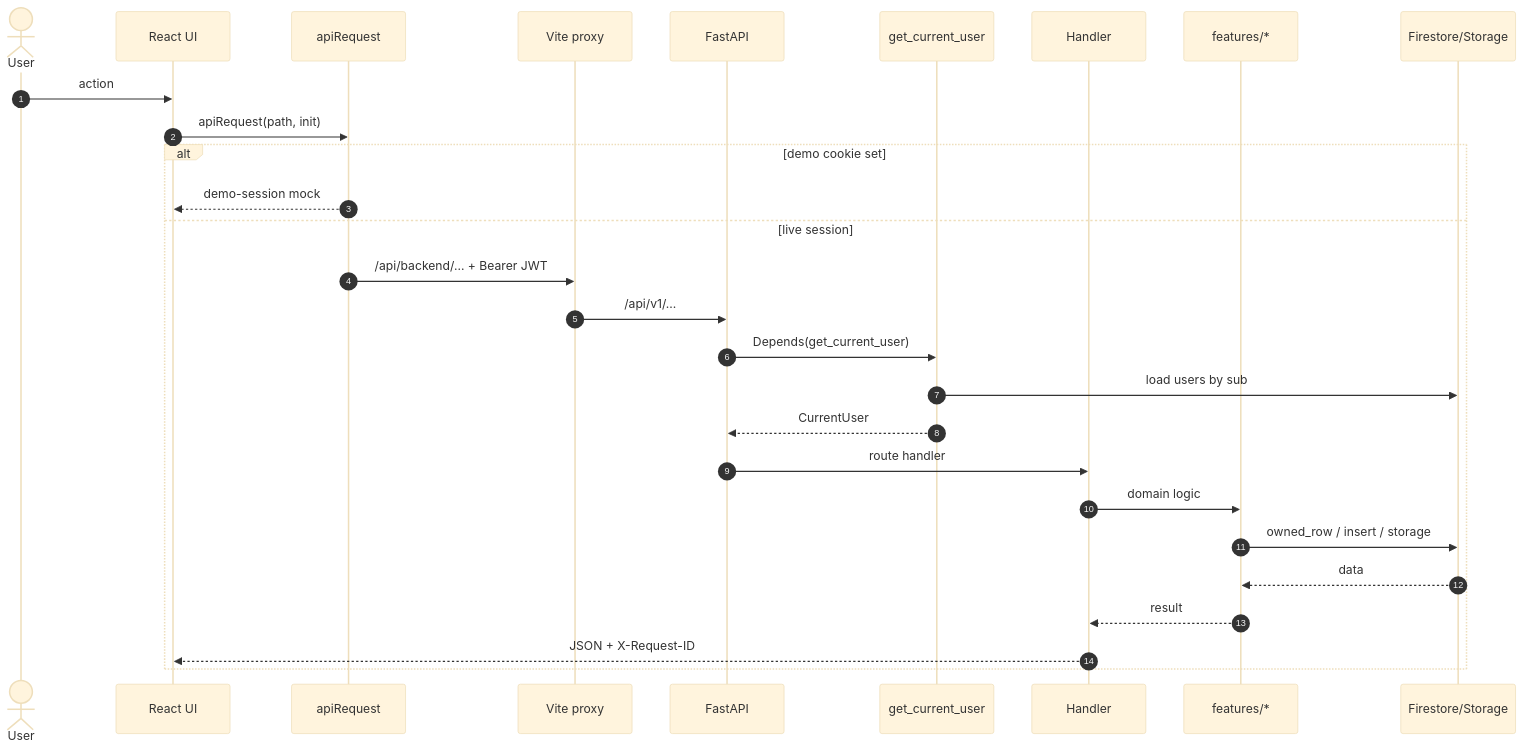
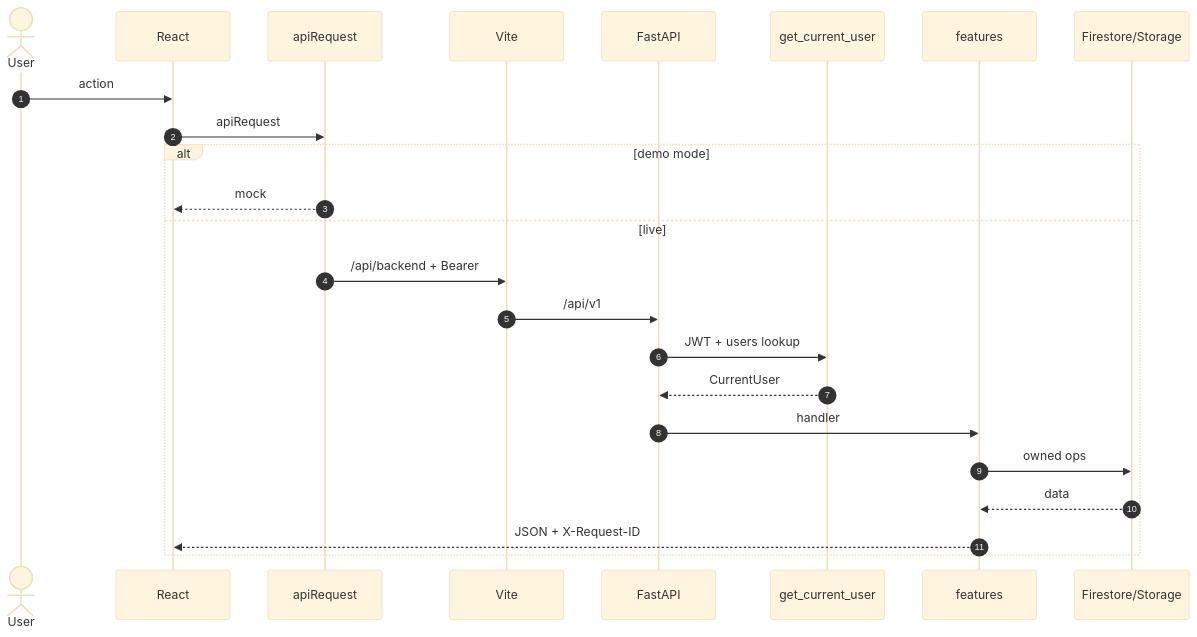
The third of 8 diagrams in docs/DOCUMENTATION.md (RonakkudalAI/AI-Career-Copilot), drawn with Mermaid (base theme) before and after one commit. The commit also changed other lines of this file and 28 other files, not shown here.

````diff
--- a/docs/DOCUMENTATION.md
+++ b/docs/DOCUMENTATION.md
@@ -1070,31 +870,27 @@
 ```mermaid
 sequenceDiagram
   autonumber
   actor User
-  participant UI as React UI
+  participant UI as React
   participant API as apiRequest
-  participant Proxy as Vite proxy
+  participant Proxy as Vite
   participant FA as FastAPI
   participant Auth as get_current_user
-  participant H as Handler
-  participant Feat as features/*
+  participant Feat as features
   participant DB as Firestore/Storage
 
   User->>UI: action
-  UI->>API: apiRequest(path, init)
-  alt demo cookie set
-    API-->>UI: demo-session mock
-  else live session
-    API->>Proxy: /api/backend/... + Bearer JWT
-    Proxy->>FA: /api/v1/...
-    FA->>Auth: Depends(get_current_user)
-    Auth->>DB: load users by sub
+  UI->>API: apiRequest
+  alt demo mode
+    API-->>UI: mock
+  else live
+    API->>Proxy: /api/backend + Bearer
+    Proxy->>FA: /api/v1
+    FA->>Auth: JWT + users lookup
     Auth-->>FA: CurrentUser
-    FA->>H: route handler
-    H->>Feat: domain logic
-    Feat->>DB: owned_row / insert / storage
+    FA->>Feat: handler
+    Feat->>DB: owned ops
     DB-->>Feat: data
-    Feat-->>H: result
-    H-->>UI: JSON + X-Request-ID
+    Feat-->>UI: JSON + X-Request-ID
   end
 ```
````
